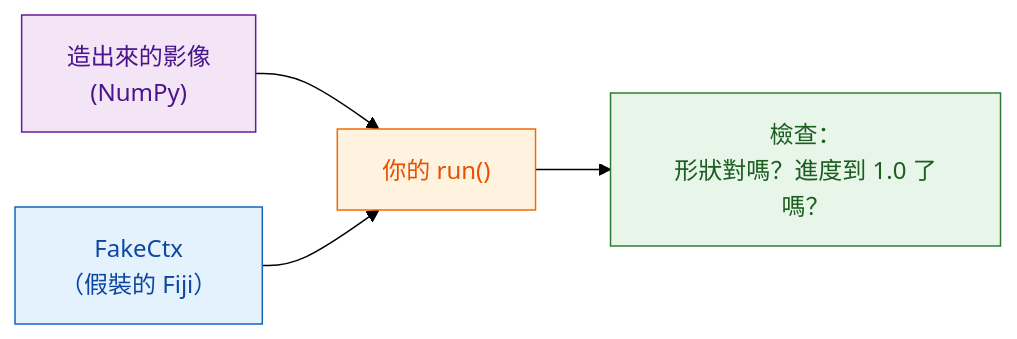
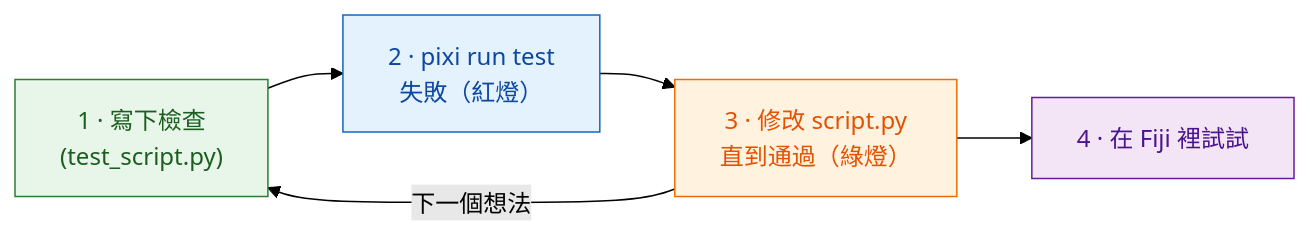
The diagram in guide/write/test-without-fiji.zh-Hant.md (Oxford-Zeiss-Centre-of-Excellence/Wavu), drawn with Mermaid (forest theme) before and after one commit. The commit also changed other lines of this file and 28 other files, not shown here.

````diff
--- a/guide/write/test-without-fiji.zh-Hant.md
+++ b/guide/write/test-without-fiji.zh-Hant.md
@@ -13,15 +17,14 @@
 ```mermaid
 flowchart LR
-    I["造出來的影像<br/>(NumPy)"]:::env
-    F["FakeCtx<br/>（假裝的 Fiji）"]:::fiji
-    S["你的 run()"]:::script
-    C["檢查：<br/>形狀對嗎？進度到 1.0 了嗎？"]:::worker
-    I --> S
-    F --> S
-    S --> C
+    T["1 · 寫下檢查<br/>(test_script.py)"]:::worker
+    R["2 · pixi run test<br/>失敗（紅燈）"]:::fiji
+    S["3 · 修改 script.py<br/>直到通過（綠燈）"]:::script
+    F["4 · 在 Fiji 裡試試"]:::env
+    T --> R --> S --> F
+    S -- "下一個想法" --> T
 
     classDef fiji   fill:#e3f2fd,stroke:#1565c0,color:#0d47a1
     classDef worker fill:#e8f5e9,stroke:#2e7d32,color:#1b5e20
     classDef script fill:#fff3e0,stroke:#ef6c00,color:#e65100
     classDef env    fill:#f3e5f5,stroke:#6a1b9a,color:#4a148c
 ```
````
